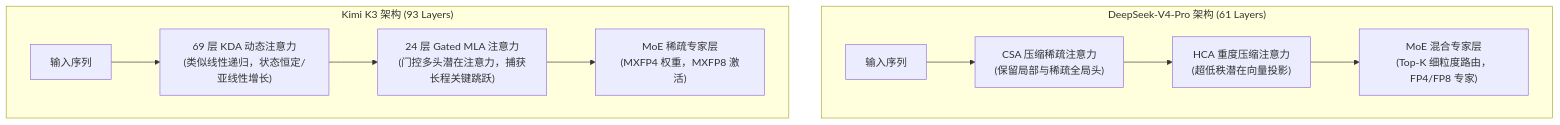
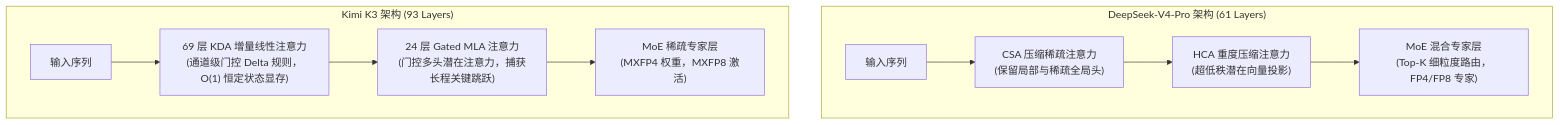
Before and after one commit to ifnodoraemon/ifnodoraemon.github.io: the first of 3 diagrams in content/zh/articles/deepseek-v4-kimi-k3-deployment-guide.md, drawn with Mermaid. The commit also changed other lines of this file and 171 other files, not shown here.

````diff
--- a/content/zh/articles/deepseek-v4-kimi-k3-deployment-guide.md
+++ b/content/zh/articles/deepseek-v4-kimi-k3-deployment-guide.md
@@ -39,14 +39,14 @@
 ```mermaid
 graph TD
     subgraph DeepSeek_V4["DeepSeek-V4-Pro 架构 (61 Layers)"]
         D_In["输入序列"] --> D_CSA["CSA 压缩稀疏注意力<br/>(保留局部与稀疏全局头)"]
         D_CSA --> D_HCA["HCA 重度压缩注意力<br/>(超低秩潜在向量投影)"]
         D_HCA --> D_MoE["MoE 混合专家层<br/>(Top-K 细粒度路由，FP4/FP8 专家)"]
     end
 
     subgraph Kimi_K3["Kimi K3 架构 (93 Layers)"]
-        K_In["输入序列"] --> K_KDA["69 层 KDA 动态注意力<br/>(类似线性递归，状态恒定/亚线性增长)"]
+        K_In["输入序列"] --> K_KDA["69 层 KDA 增量线性注意力<br/>(通道级门控 Delta 规则，O(1) 恒定状态显存)"]
         K_KDA --> K_GMLA["24 层 Gated MLA 注意力<br/>(门控多头潜在注意力，捕获长程关键跳跃)"]
         K_GMLA --> K_MoE["MoE 稀疏专家层<br/>(MXFP4 权重，MXFP8 激活)"]
     end
 ```
````
